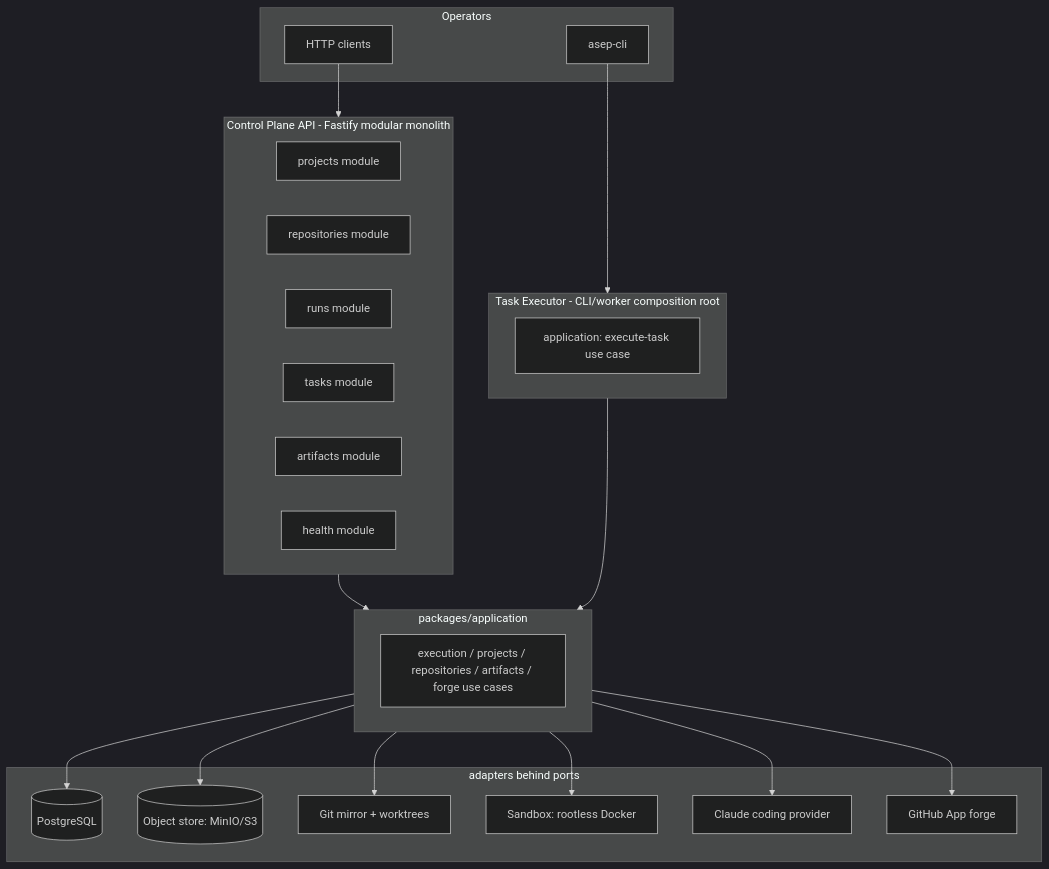
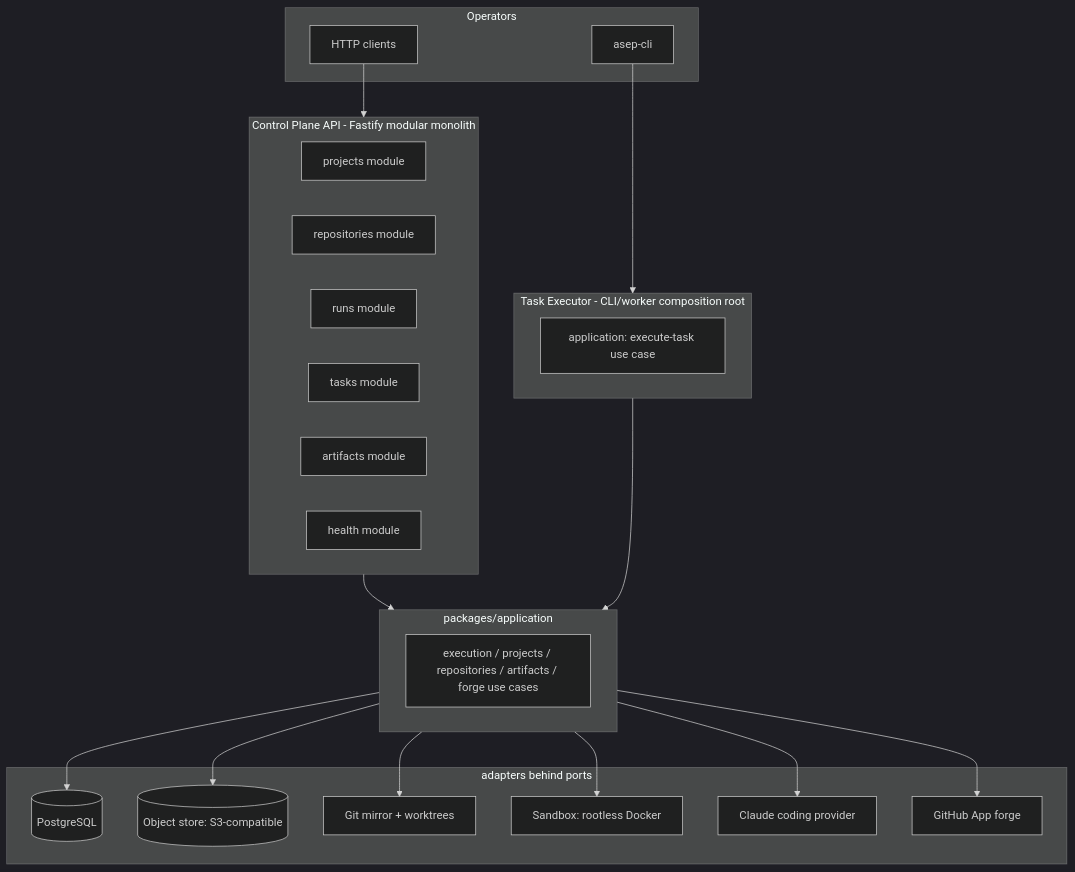
One commit to xingcorp/asep-enterprise-harness changed the first of 2 diagrams in docs/implementation/phases/phase-02-architecture.md. Above: the diagram before and after it, drawn with Mermaid (dark theme). The commit also changed 17 other files, not shown here.

First line of the commit message:
fix(integration): run the object store on VersityGW, pinned for amd64 and arm64

````diff
--- a/docs/implementation/phases/phase-02-architecture.md
+++ b/docs/implementation/phases/phase-02-architecture.md
@@ -11,39 +11,39 @@
 ```mermaid
 flowchart TB
   subgraph client[Operators]
     CLI[asep-cli]
     HTTP[HTTP clients]
   end
   subgraph plane[Control Plane API - Fastify modular monolith]
     MP[projects module]
     MR[repositories module]
     MRN[runs module]
     MT[tasks module]
     MA[artifacts module]
     MH[health module]
   end
   subgraph exec[Task Executor - CLI/worker composition root]
     UC[application: execute-task use case]
   end
   subgraph app[packages/application]
     UC2[execution / projects / repositories / artifacts / forge use cases]
   end
   subgraph adapters[adapters behind ports]
     PG[(PostgreSQL)]
-    OBJ[(Object store: MinIO/S3)]
+    OBJ[(Object store: S3-compatible)]
     GIT[Git mirror + worktrees]
     SBX[Sandbox: rootless Docker]
     CLA[Claude coding provider]
     GH[GitHub App forge]
   end
   HTTP --> plane
   CLI --> exec
   plane --> app
   exec --> app
   app --> PG
   app --> OBJ
   app --> GIT
   app --> SBX
   app --> CLA
   app --> GH
 ```
````
